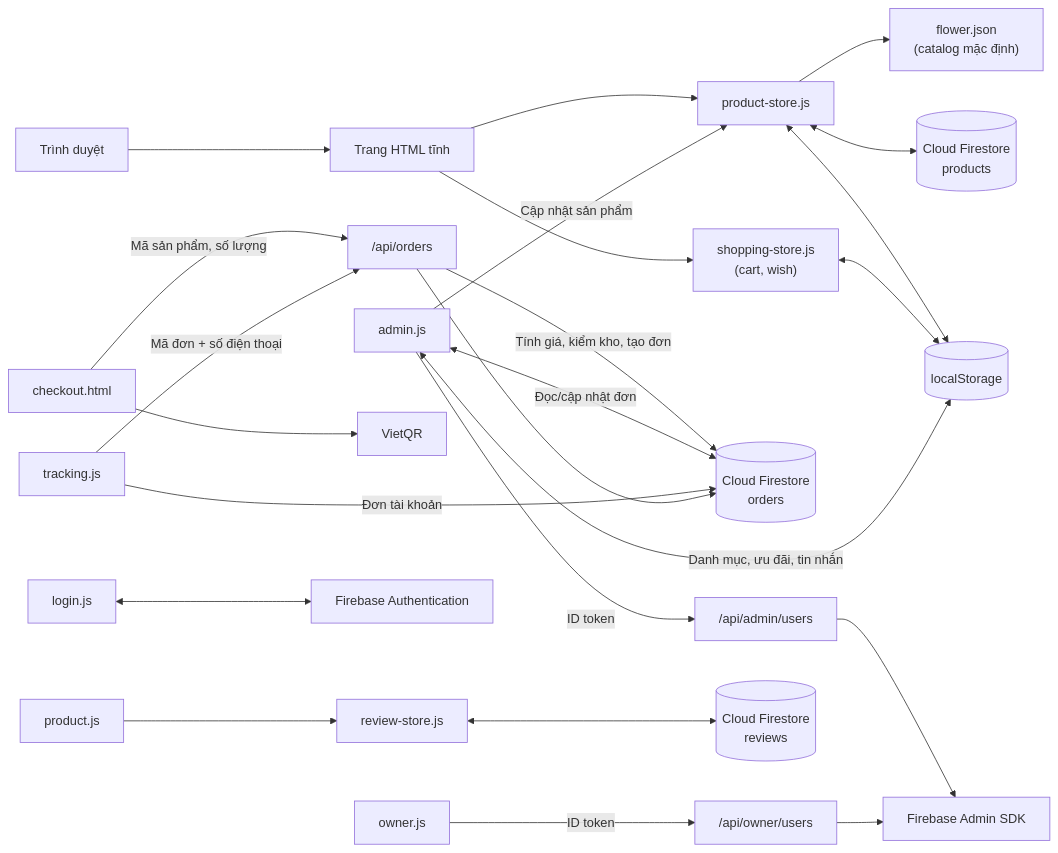
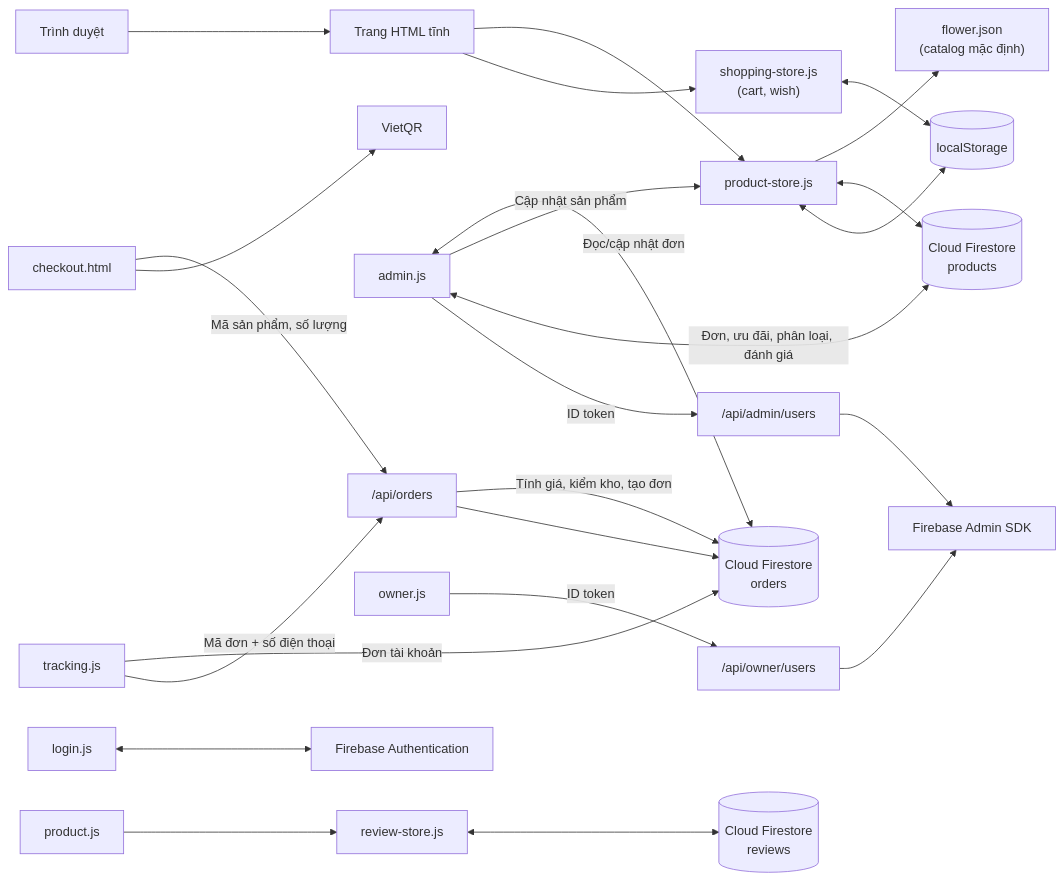
The diagram in flower.com/README.md (Longg5048/flower.com), drawn with Mermaid before and after one commit. The commit also changed other lines of this file and 10 other files, not shown here.

First line of the commit message:
Move admin reviews, notes and categories to Firestore

````diff
--- a/flower.com/README.md
+++ b/flower.com/README.md
@@ -14,22 +14,22 @@
 ```mermaid
 flowchart LR
     Browser[Trình duyệt] --> Pages[Trang HTML tĩnh]
     Pages --> Store["product-store.js"]
     Store --> Catalog["flower.json<br/>(catalog mặc định)"]
     Store <--> Firestore[(Cloud Firestore<br/>products)]
     Store <--> Cache[(localStorage)]
     Pages --> Shopping["shopping-store.js<br/>(cart, wish)"] <--> Cache
     Checkout["checkout.html"] -->|Mã sản phẩm, số lượng| OrderAPI["/api/orders"] -->|Tính giá, kiểm kho, tạo đơn| Orders[(Cloud Firestore<br/>orders)]
     Admin["admin.js"] <-->|Đọc/cập nhật đơn| Orders
     Tracking["tracking.js"] -->|Đơn tài khoản| Orders
     Tracking -->|Mã đơn + số điện thoại| OrderAPI --> Orders
     Checkout --> VietQR[VietQR]
     Admin["admin.js"] -->|Cập nhật sản phẩm| Store
-    Admin <-->|Danh mục, ưu đãi, tin nhắn| Cache
+    Admin <-->|Đơn, ưu đãi, phân loại, đánh giá| Firestore
     Admin -->|ID token| AdminAPI["/api/admin/users"]
     Owner["owner.js"] -->|ID token| OwnerAPI["/api/owner/users"]
     AdminAPI --> FirebaseAdmin[Firebase Admin SDK]
     OwnerAPI --> FirebaseAdmin
     Login["login.js"] <--> Auth[Firebase Authentication]
     Product["product.js"] --> Reviews["review-store.js"] <--> FsReviews[(Cloud Firestore<br/>reviews)]
 ```
````
